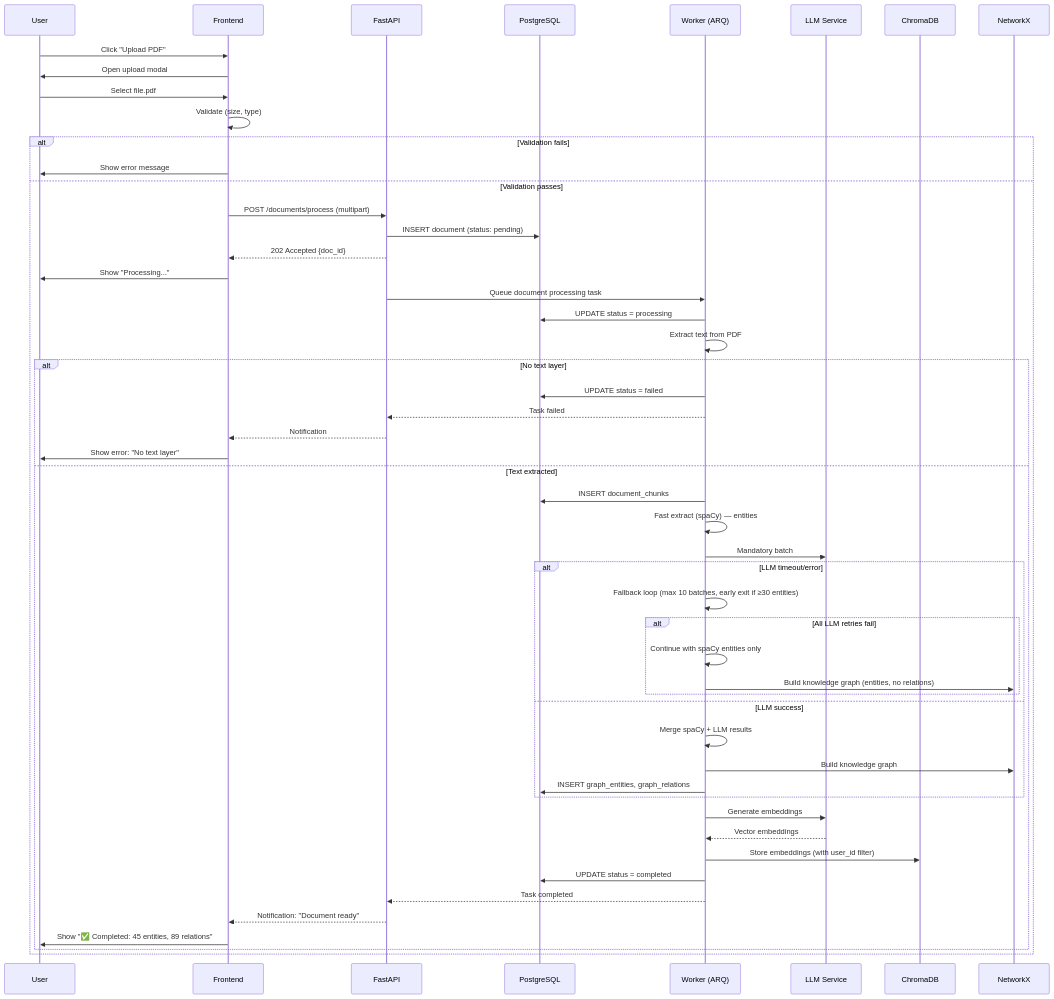
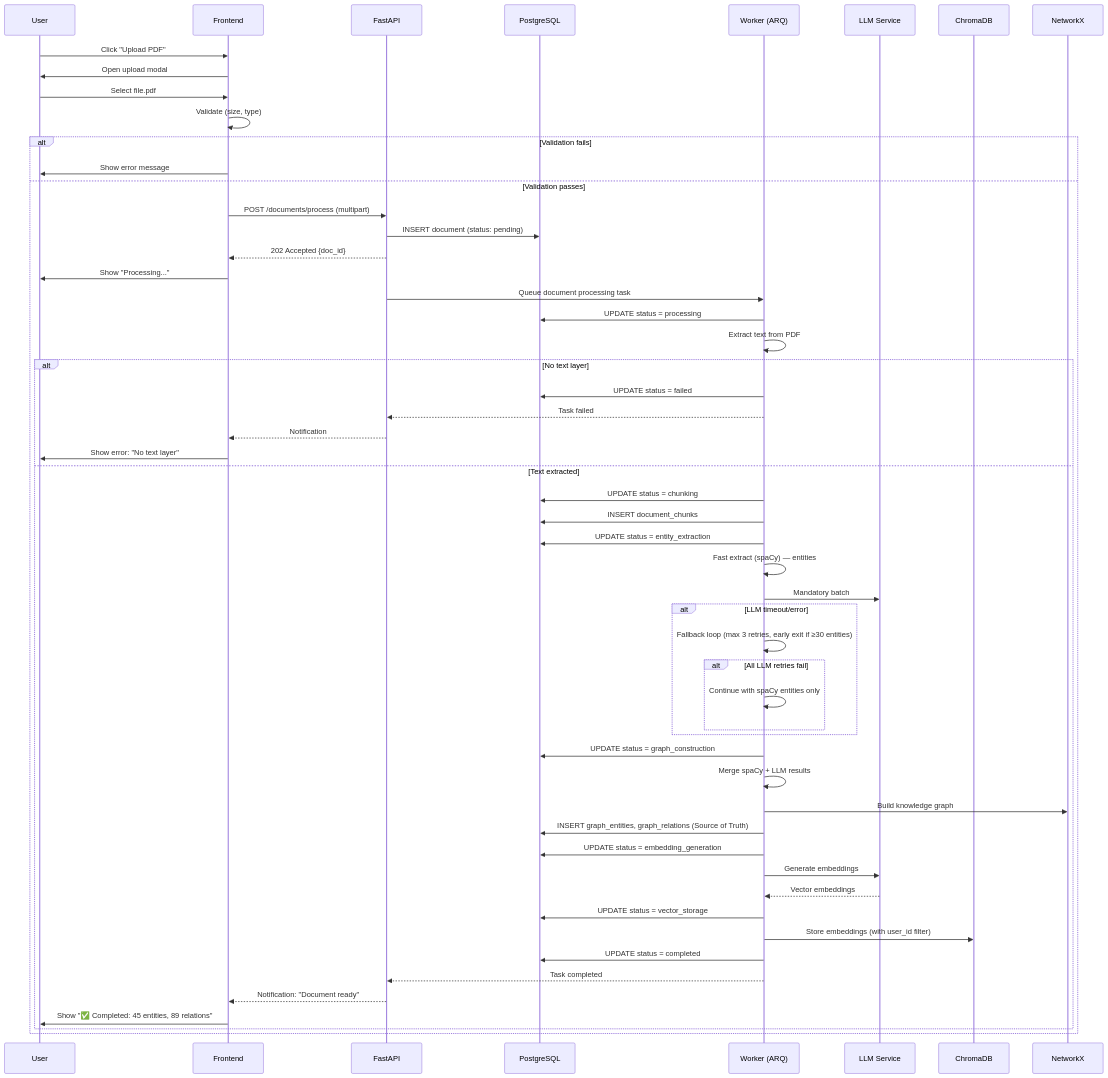
Before and after one commit to TCTri205/AetherTutor: the first of 8 diagrams in docs/srs/User_Flows.md, drawn with Mermaid. The commit also changed other lines of this file and 14 other files, not shown here.

````diff
--- a/docs/srs/User_Flows.md
+++ b/docs/srs/User_Flows.md
@@ -74,61 +75,66 @@
 ```mermaid
 sequenceDiagram
     participant U as User
     participant FE as Frontend
     participant API as FastAPI
     participant PG as PostgreSQL
     participant W as Worker (ARQ)
     participant LLM as LLM Service
     participant CD as ChromaDB
     participant NX as NetworkX
 
     U->>FE: Click "Upload PDF"
     FE->>U: Open upload modal
     U->>FE: Select file.pdf
     FE->>FE: Validate (size, type)
 
     alt Validation fails
         FE->>U: Show error message
     else Validation passes
         FE->>API: POST /documents/process (multipart)
         API->>PG: INSERT document (status: pending)
         API-->>FE: 202 Accepted {doc_id}
         FE->>U: Show "Processing..."
 
         API->>W: Queue document processing task
         W->>PG: UPDATE status = processing
 
         W->>W: Extract text from PDF
         alt No text layer
             W->>PG: UPDATE status = failed
             W-->>API: Task failed
             API-->>FE: Notification
             FE->>U: Show error: "No text layer"
         else Text extracted
+            W->>PG: UPDATE status = chunking
             W->>PG: INSERT document_chunks
 
+            W->>PG: UPDATE status = entity_extraction
             W->>W: Fast extract (spaCy) — entities
             W->>LLM: Mandatory batch #1 — entities + relations
             alt LLM timeout/error
-                W->>W: Fallback loop (max 10 batches, early exit if ≥30 entities)
+                W->>W: Fallback loop (max 3 retries, early exit if ≥30 entities)
                 alt All LLM retries fail
                     W->>W: Continue with spaCy entities only
-                    W->>NX: Build knowledge graph (entities, no relations)
                 end
-            else LLM success
-                W->>W: Merge spaCy + LLM results
-                W->>NX: Build knowledge graph
-                W->>PG: INSERT graph_entities, graph_relations
             end
+            
+            W->>PG: UPDATE status = graph_construction
+            W->>W: Merge spaCy + LLM results
+            W->>NX: Build knowledge graph
+            W->>PG: INSERT graph_entities, graph_relations (Source of Truth)
 
+            W->>PG: UPDATE status = embedding_generation
             W->>LLM: Generate embeddings
             LLM-->>W: Vector embeddings
+            
+            W->>PG: UPDATE status = vector_storage
             W->>CD: Store embeddings (with user_id filter)
 
             W->>PG: UPDATE status = completed
             W-->>API: Task completed
             API-->>FE: Notification: "Document ready"
             FE->>U: Show "✅ Completed: 45 entities, 89 relations"
         end
     end
 ```
````
